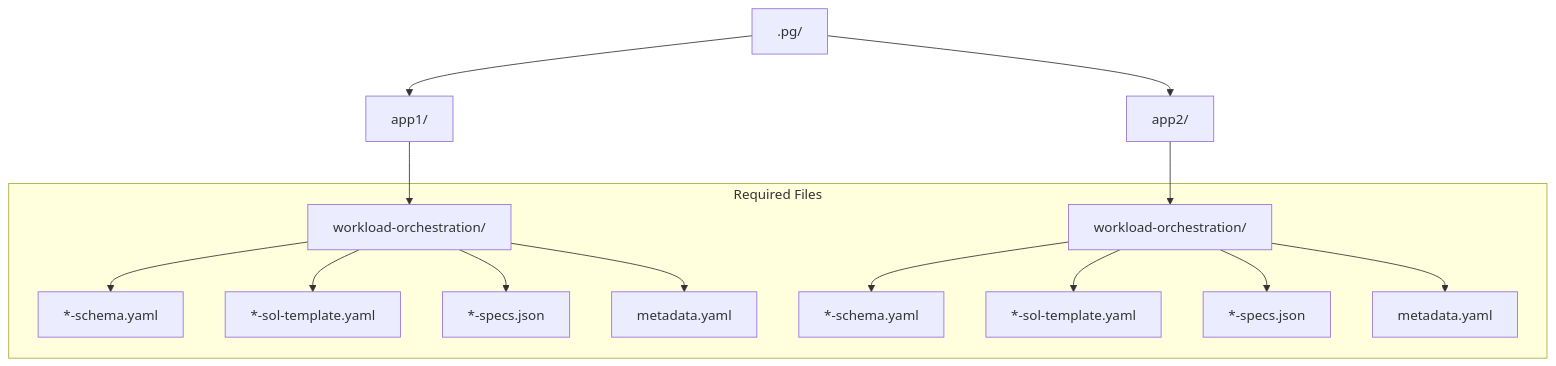
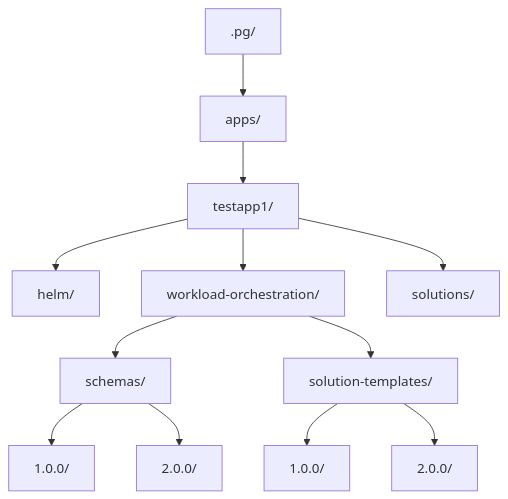
Before and after one commit to wo-ghawfs/wo-temp: the fifth of 6 diagrams in README.md, drawn with Mermaid. The commit also changed other lines of this file and 1 other file, not shown here.

````diff
--- a/README.md
+++ b/README.md
@@ -200,18 +256,14 @@
 ```mermaid
 graph TD
-    A[.pg/] --> B[app1/]
-    A --> C[app2/]
-    B --> D[workload-orchestration/]
+    A[.pg/] --> B[apps/]
+    B --> C[testapp1/]
+    C --> D[helm/]
     C --> E[workload-orchestration/]
-    
-    subgraph Required Files
-        D --> F[*-schema.yaml]
-        D --> G[*-sol-template.yaml]
-        D --> H[*-specs.json]
-        D --> I[metadata.yaml]
-        E --> J[*-schema.yaml]
-        E --> K[*-sol-template.yaml]
-        E --> L[*-specs.json]
-        E --> M[metadata.yaml]
-    end
+    C --> F[solutions/]
+    E --> G[schemas/]
+    E --> H[solution-templates/]
+    G --> I[1.0.0/]
+    G --> J[2.0.0/]
+    H --> K[1.0.0/]
+    H --> L[2.0.0/]
 ```
````
